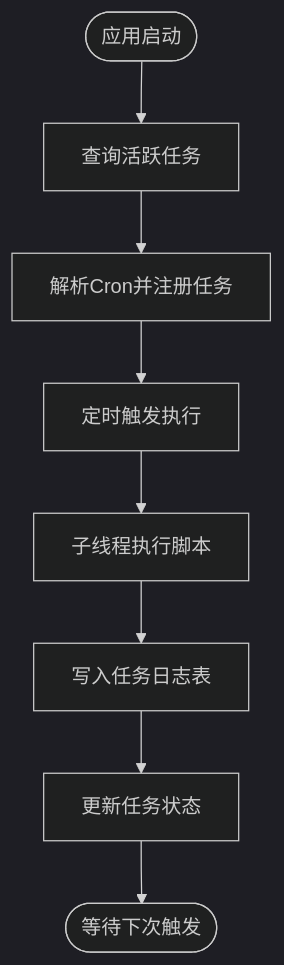
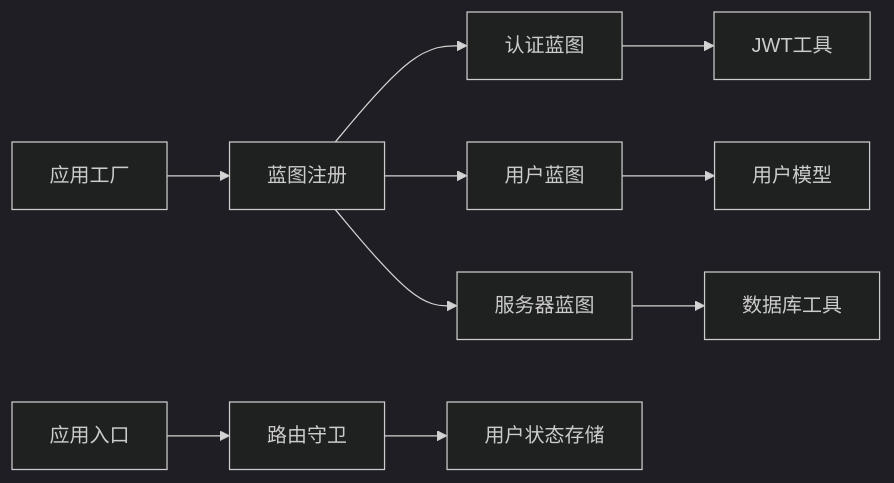
One commit to ismine3/OPS changed the third of 3 diagrams in .qoder/repowiki/zh/content/开发指南/扩展开发.md. Above: the diagram before and after it, drawn with Mermaid (dark theme). The commit also changed other lines of this file and 109 other files, not shown here.

````diff
--- a/.qoder/repowiki/zh/content/开发指南/扩展开发.md
+++ b/.qoder/repowiki/zh/content/开发指南/扩展开发.md
@@ -381,10 +291,12 @@
 ```mermaid
-flowchart TD
-Start(["应用启动"]) --> LoadTasks["查询活跃任务"]
-LoadTasks --> AddJob["解析Cron并注册任务"]
-AddJob --> Run["定时触发执行"]
-Run --> Exec["子线程执行脚本"]
-Exec --> Log["写入任务日志表"]
-Log --> UpdateTask["更新任务状态"]
-UpdateTask --> End(["等待下次触发"])
+graph LR
+A["应用工厂"] --> B["蓝图注册"]
+B --> C["认证蓝图"]
+B --> D["用户蓝图"]
+B --> E["服务器蓝图"]
+C --> F["JWT工具"]
+D --> G["用户模型"]
+E --> H["数据库工具"]
+I["应用入口"] --> J["路由守卫"]
+J --> K["用户状态存储"]
 ```
````
